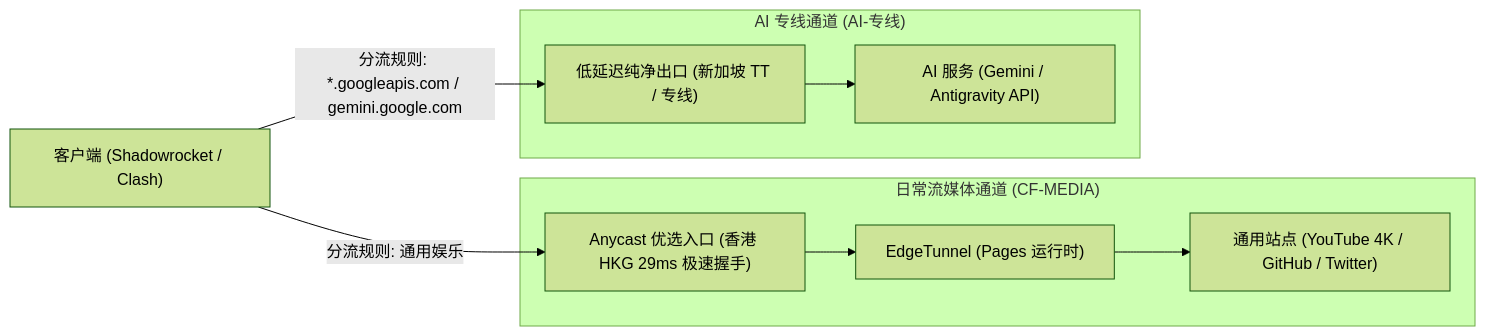
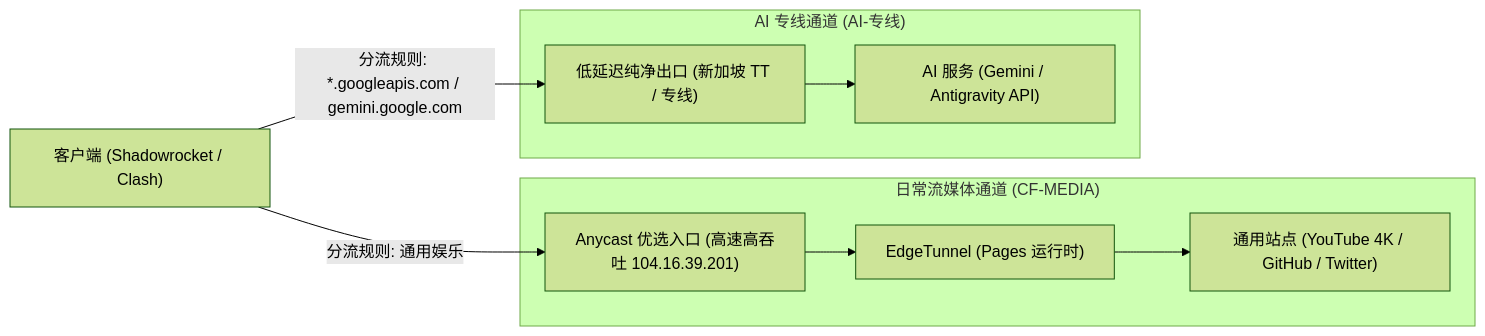
The diagram in README.md (RealRayTan/edge-routing), drawn with Mermaid (forest theme) before and after one commit. The commit also changed other lines of this file and 3 other files, not shown here.

````diff
--- a/README.md
+++ b/README.md
@@ -7,20 +7,20 @@
 ```mermaid
 flowchart LR
     client["客户端 (Shadowrocket / Clash)"]
     
     subgraph media["日常流媒体通道 (CF-MEDIA)"]
-        entry["Anycast 优选入口 (香港 HKG 29ms 极速握手)"]
+        entry["Anycast 优选入口 (高速高吞吐 104.16.39.201)"]
         worker["EdgeTunnel (Pages 运行时)"]
         dest_gen["通用站点 (YouTube 4K / GitHub / Twitter)"]
         entry --> worker --> dest_gen
     end
     
     subgraph ai["AI 专线通道 (AI-专线)"]
         node_ai["低延迟纯净出口 (新加坡 TT / 专线)"]
         dest_ai["AI 服务 (Gemini / Antigravity API)"]
         node_ai --> dest_ai
     end
 
     client -->|分流规则: 通用娱乐| entry
     client -->|分流规则: *.googleapis.com / gemini.google.com| node_ai
 ```
````
